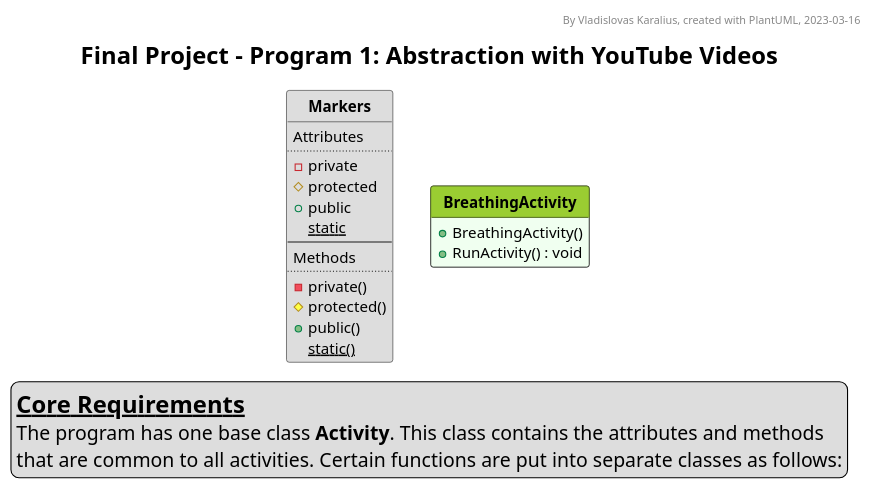
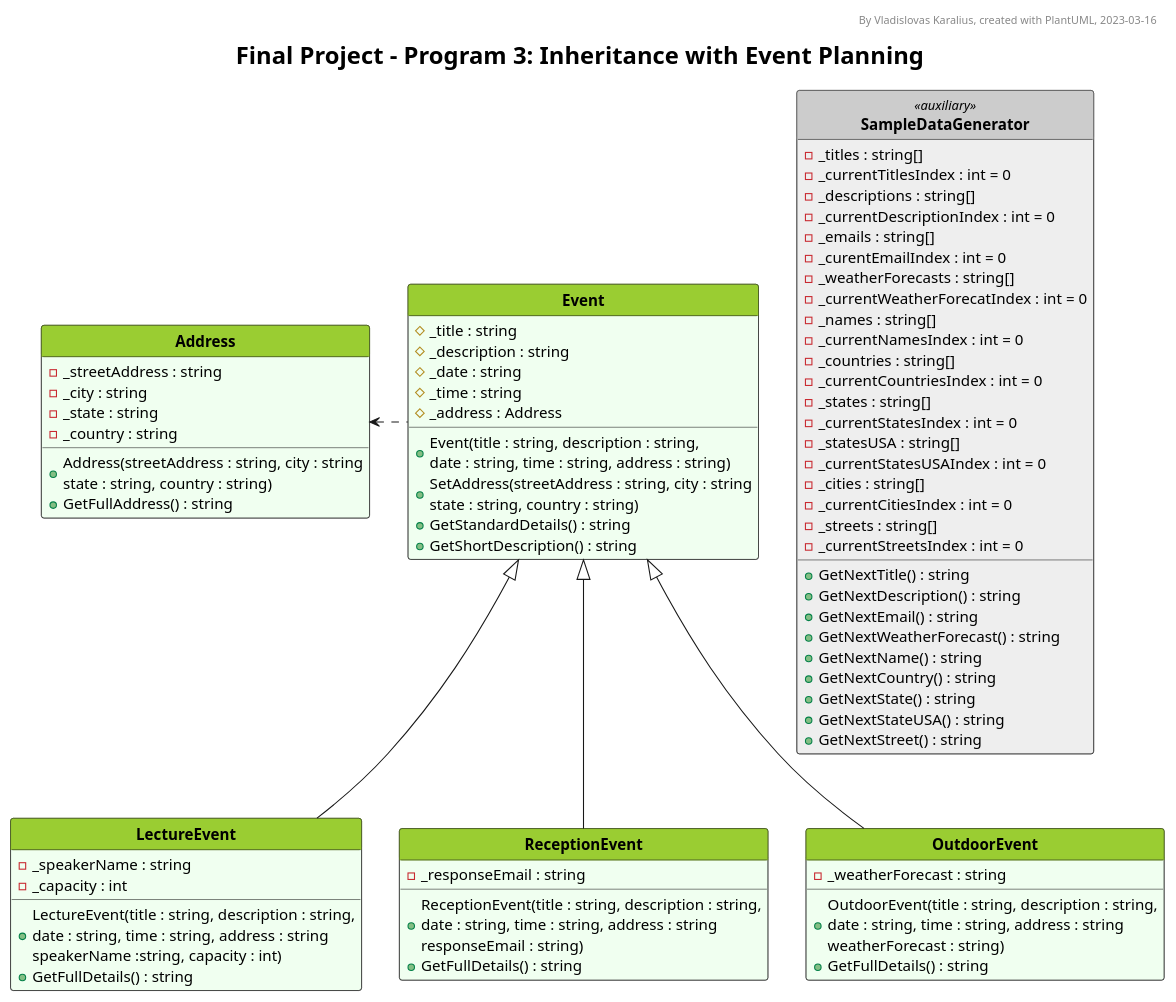
The diagram in final/Foundation3/UML_diagram.pu (VladKaralius/cse210-projects), drawn with PlantUML before and after one commit.

Commit message:
Created UML diagram

```diff
--- a/final/Foundation3/UML_diagram.pu
+++ b/final/Foundation3/UML_diagram.pu
@@ -1,95 +1,149 @@
 @startuml UML_diagram
 
 '--Formatting options--
 hide circle
 hide empty members
 'skinparam classAttributeIconSize 0
 skinparam style strictuml
 'skinparam groupInheritance 2
 'skinparam linetype ortho
 'skinparam Nodesep 15
 'skinparam Ranksep 25
 'left to right direction
 
 '--Styling--
 'skinparam BackgroundColor White/LightGreen
 skinparam TitleFontSize 22
 
 <style>
 classDiagram {
   class {
     '-attributes and methods-
     'FontSize 14
     'FontColor black
     'BackgroundColor #fefece
     BackgroundColor #f0fff0
     'RoundCorner 0
     '-class name-
     header {
       'FontSize 12
       'FontColor Black
       FontStyle bold
       BackgroundColor YellowGreen
     }
 
     ' Alternative class style 1
     .gaming {
       BackgroundColor Bisque
       header {
         BackgroundColor Orange
       }
     }
 
     ' Alternative class style 2
-    .test {
+    .auxiliary {
       BackgroundColor #eeeeee
       header {
         BackgroundColor #cccccc
       }
     }
   }
   
   note {
     BackgroundColor Yellow
   }
   legend {
     FontSize 18
   }
 </style>
 
 '--Header, title, caption--
 header By Vladislovas Karalius, created with PlantUML, 2023-03-16
-title Final Project - Program 1: Abstraction with YouTube Videos
-'caption <:warning:>Constructors without parameters are not shown in this diagram
+title Final Project - Program 3: Inheritance with Event Planning
 
-' Dummy class that explains visibility symbols
-class Markers #dddddd {
-Attributes
-..
-- private
-# protected
-+ public
-{static} static
---
-Methods
-..
-- private()
-# protected()
-+ public()
-{static} static()
+'--Main--
+class Event {
+  # _title : string
+  # _description : string
+  # _date : string
+  # _time : string
+  # _address : Address
+  + Event(title : string, description : string,\ndate : string, time : string, address : string)
+  + SetAddress(streetAddress : string, city : string\nstate : string, country : string)
+  + GetStandardDetails() : string
+  + GetShortDescription() : string
 }
 
-'--Main--
-class BreathingActivity {
-  + BreathingActivity()
-  + RunActivity() : void
+class Address {
+  - _streetAddress : string
+  - _city : string
+  - _state : string
+  - _country : string
+  + Address(streetAddress : string, city : string\nstate : string, country : string)
+  + GetFullAddress() : string
 }
 
+class LectureEvent extends Event {
+- _speakerName : string
+- _capacity : int
++ LectureEvent(title : string, description : string,\ndate : string, time : string, address : string\nspeakerName :string, capacity : int)
++ GetFullDetails() : string
+}
+
+class ReceptionEvent extends Event {
+- _responseEmail : string
++ ReceptionEvent(title : string, description : string,\ndate : string, time : string, address : string\nresponseEmail : string)
++ GetFullDetails() : string
+}
+
+class OutdoorEvent extends Event {
+- _weatherForecast : string
++ OutdoorEvent(title : string, description : string,\ndate : string, time : string, address : string\nweatherForecast : string)
++ GetFullDetails() : string
+}
+
+class SampleDataGenerator <<auxiliary>> {
+  - _titles : string[]
+  - _currentTitlesIndex : int = 0
+  - _descriptions : string[]
+  - _currentDescriptionIndex : int = 0
+  - _emails : string[]
+  - _curentEmailIndex : int = 0
+  - _weatherForecasts : string[]
+  - _currentWeatherForecatIndex : int = 0
+  - _names : string[]
+  - _currentNamesIndex : int = 0
+  - _countries : string[]
+  - _currentCountriesIndex : int = 0
+  - _states : string[]
+  - _currentStatesIndex : int = 0
+  - _statesUSA : string[]
+  - _currentStatesUSAIndex : int = 0
+  - _cities : string[]
+  - _currentCitiesIndex : int = 0
+  - _streets : string[]
+  - _currentStreetsIndex : int = 0
+  + GetNextTitle() : string
+  + GetNextDescription() : string
+  + GetNextEmail() : string
+  + GetNextWeatherForecast() : string
+  + GetNextName() : string
+  + GetNextCountry() : string
+  + GetNextState() : string
+  + GetNextStateUSA() : string
+  + GetNextStreet() : string
+}
+
+Event .l> Address
+
+Event .[hidden] SampleDataGenerator
+
+
 '--Description--
-legend bottom
-<size:22>__**Core Requirements**__
-The program has one base class **Activity**. This class contains the attributes and methods
-that are common to all activities. Certain functions are put into separate classes as follows:
-endlegend
+' legend bottom
+' <size:22>__**Core Requirements**__
+' The program has one base class **Activity**. This class contains the attributes and methods
+' that are common to all activities. Certain functions are put into separate classes as follows:
+' endlegend
 
 @enduml
```
